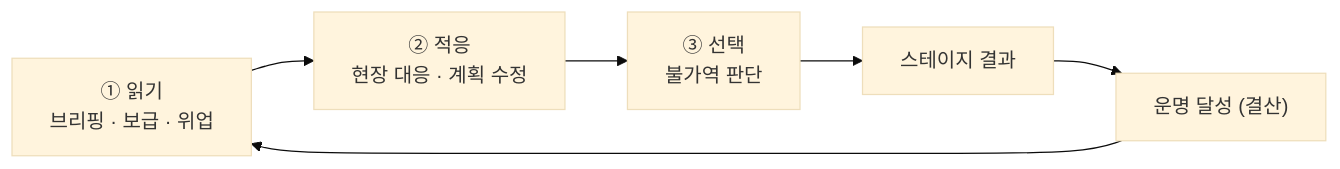
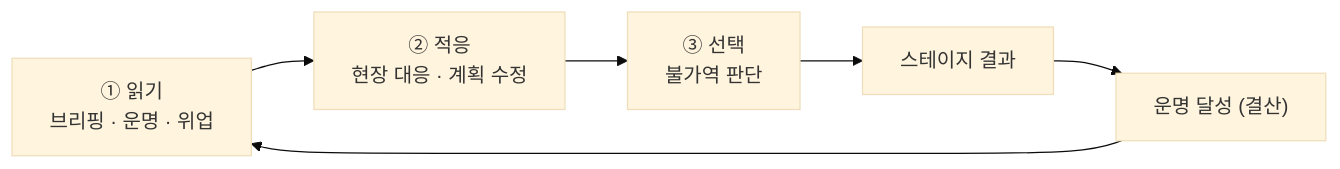
Before and after one commit to roam1215-beep/Chronicle-wiki: the first of 2 diagrams in 01_코어/핵심경험목표.md, drawn with Mermaid (base theme). The commit also changed other lines of this file and 9 other files, not shown here.

````diff
--- a/01_코어/핵심경험목표.md
+++ b/01_코어/핵심경험목표.md
@@ -47,8 +47,8 @@
 ```mermaid
 flowchart LR
-    A["① 읽기\n브리핑 · 보급 · 위업"] --> B["② 적응\n현장 대응 · 계획 수정"]
+    A["① 읽기\n브리핑 · 운명 · 위업"] --> B["② 적응\n현장 대응 · 계획 수정"]
     B --> C["③ 선택\n불가역 판단"]
     C --> D["스테이지 결과"]
     D --> E["운명 달성 (결산)"]
     E --> A
 ```
````
